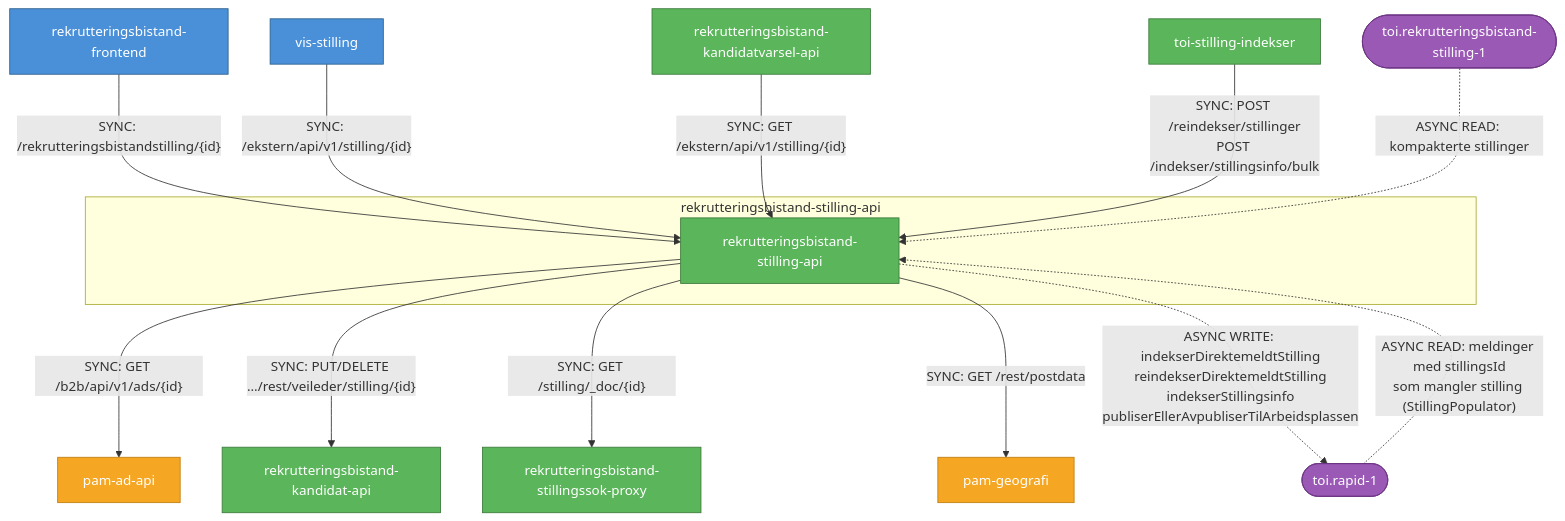
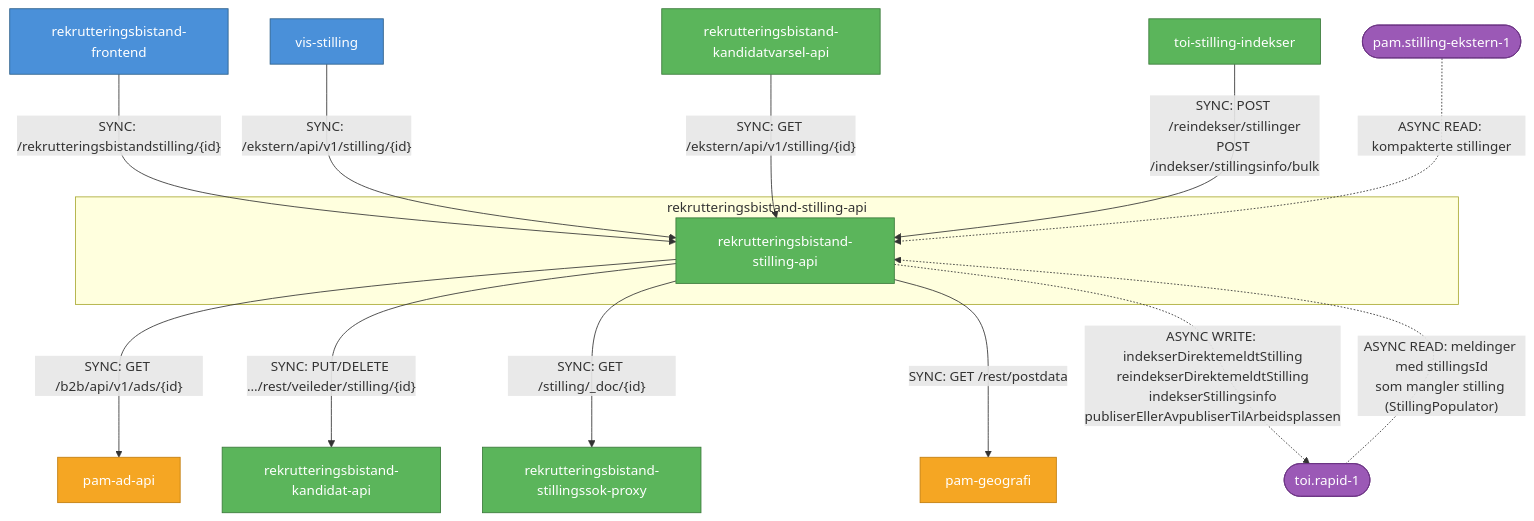
One commit to navikt/toi-meta changed the fifth of 25 diagrams in kommunikasjon_per_system.md. Above: the diagram before and after it, drawn with Mermaid. The commit also changed other lines of this file and 1 other file, not shown here.

Commit message:
Oppdater stilling-topic referanser fra rekrutteringsbistand til pam etter at rekrutteringsbistand-stilling-kafkabro er slettet

````diff
--- a/kommunikasjon_per_system.md
+++ b/kommunikasjon_per_system.md
@@ -142,50 +142,50 @@
 ```mermaid
 graph TB
     subgraph rekrutteringsbistand-stilling-api
         stilling-api[rekrutteringsbistand-stilling-api]
     end
 
     %% Interne synkrone
     kandidat-api[rekrutteringsbistand-kandidat-api]
     stillingssok[rekrutteringsbistand-stillingssok-proxy]
 
     %% Innkommende synkrone
     rekbis[rekrutteringsbistand-frontend]
     vis[vis-stilling]
     kandidatvarsel[rekrutteringsbistand-kandidatvarsel-api]
     stilling-indekser[toi-stilling-indekser]
 
     %% Eksterne synkrone
     pam-ad-api[pam-ad-api]
     pam-geografi[pam-geografi]
 
     %% Topics
     rapid([toi.rapid-1])
-    stilling-topic([toi.rekrutteringsbistand-stilling-1])
+    stilling-topic([pam.stilling-ekstern-1])
 
     %% Synkrone utgående
     stilling-api -->|"SYNC: GET /b2b/api/v1/ads/{id}"| pam-ad-api
     stilling-api -->|"SYNC: PUT/DELETE .../rest/veileder/stilling/{id}"| kandidat-api
     stilling-api -->|"SYNC: GET /stilling/_doc/{id}"| stillingssok
     stilling-api -->|"SYNC: GET /rest/postdata"| pam-geografi
 
     %% Synkrone innkommende
     rekbis -->|"SYNC: /rekrutteringsbistandstilling/{id}"| stilling-api
     vis -->|"SYNC: /ekstern/api/v1/stilling/{id}"| stilling-api
     kandidatvarsel -->|"SYNC: GET /ekstern/api/v1/stilling/{id}"| stilling-api
     stilling-indekser -->|"SYNC: POST /reindekser/stillinger<br>POST /indekser/stillingsinfo/bulk"| stilling-api
 
     %% Asynkrone
     stilling-api -.->|"ASYNC WRITE: indekserDirektemeldtStilling<br>reindekserDirektemeldtStilling<br>indekserStillingsinfo<br>publiserEllerAvpubliserTilArbeidsplassen"| rapid
     rapid -.->|"ASYNC READ: meldinger med stillingsId<br>som mangler stilling (StillingPopulator)"| stilling-api
     stilling-topic -.->|"ASYNC READ: kompakterte stillinger"| stilling-api
 
     classDef frontend fill:#4a90d9,stroke:#2c5f8a,color:#fff
     classDef backend fill:#5bb55b,stroke:#3a7a3a,color:#fff
     classDef external fill:#f5a623,stroke:#c17d0e,color:#fff
     classDef topic fill:#9b59b6,stroke:#6c3483,color:#fff
     class rekbis,vis frontend
     class stilling-api,kandidat-api,stillingssok,kandidatvarsel,stilling-indekser backend
     class pam-ad-api,pam-geografi external
     class rapid,stilling-topic topic
 ```
````
